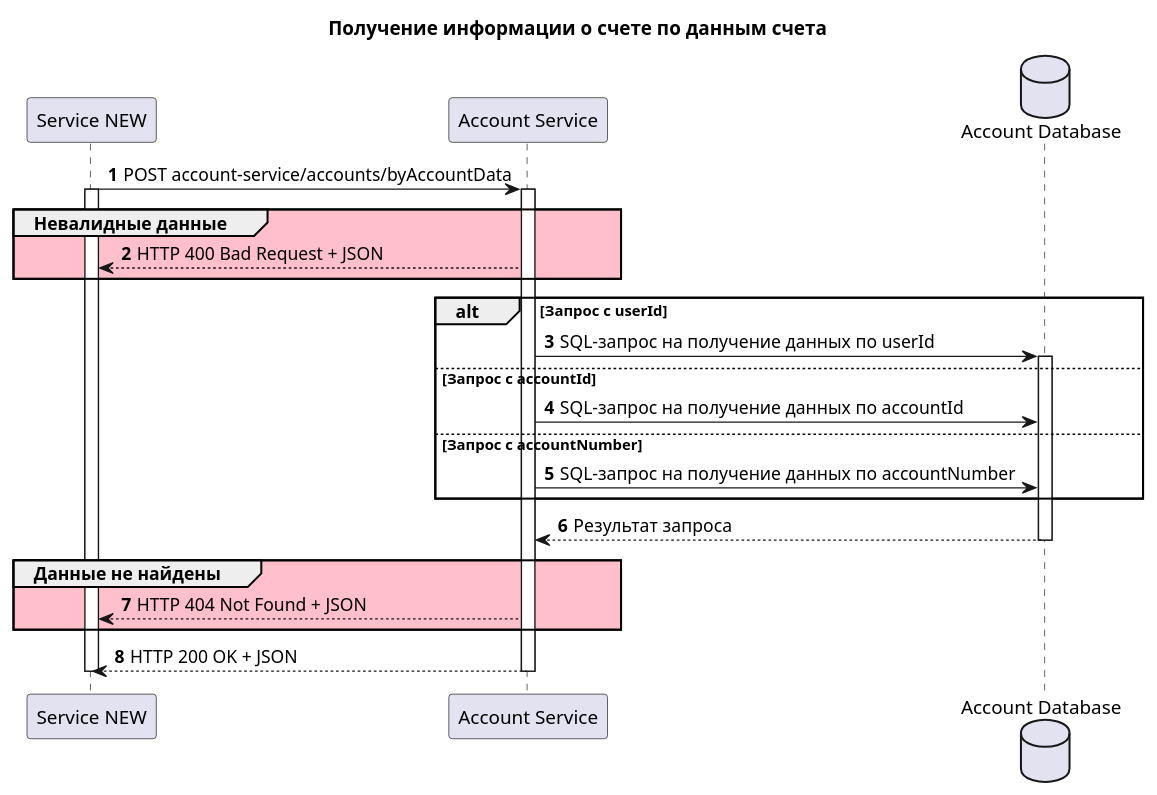
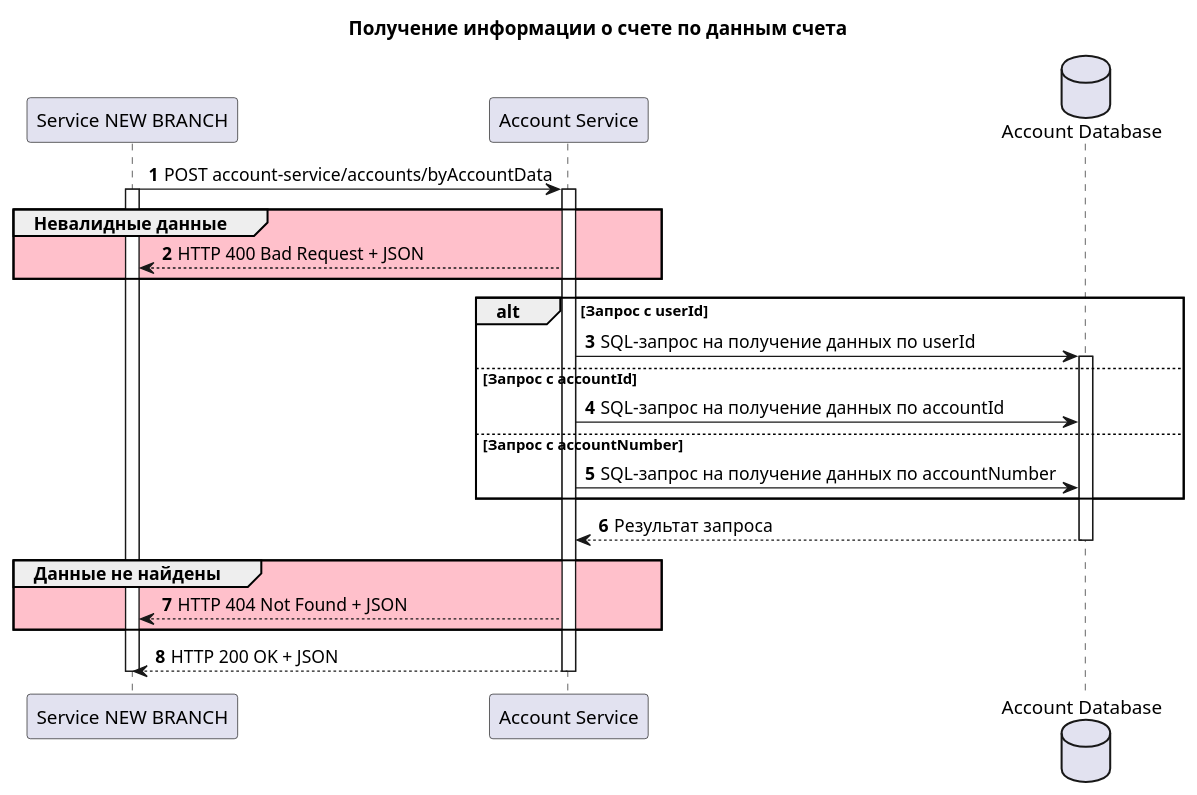
Before and after one commit to tragislav/ACCOUNT-SERVICE: the diagram in AS-23.plantuml, drawn with PlantUML.

Commit message:
new commit

```diff
--- a/AS-23.plantuml
+++ b/AS-23.plantuml
@@ -1,33 +1,33 @@
 @startuml
 title Получение информации о счете по данным счета
 
-participant "Service NEW" as service
+participant "Service NEW BRANCH" as service
 participant "Account Service" as account_service
 database "Account Database" as db
 
 autonumber
 
 service -> account_service++: POST account-service/accounts/byAccountData
 activate service
 
 group #pink Невалидные данные
   account_service --> service: HTTP 400 Bad Request + JSON
 end
 
 alt Запрос с userId
   account_service -> db++: SQL-запрос на получение данных по userId
 else Запрос с accountId
   account_service -> db: SQL-запрос на получение данных по accountId
 else Запрос с accountNumber
   account_service -> db: SQL-запрос на получение данных по accountNumber
 end
 db --> account_service--: Результат запроса
 
 group #pink Данные не найдены
   account_service --> service: HTTP 404 Not Found + JSON
 end
 
 account_service --> service--: HTTP 200 OK + JSON
 deactivate service
 
 @enduml
```
